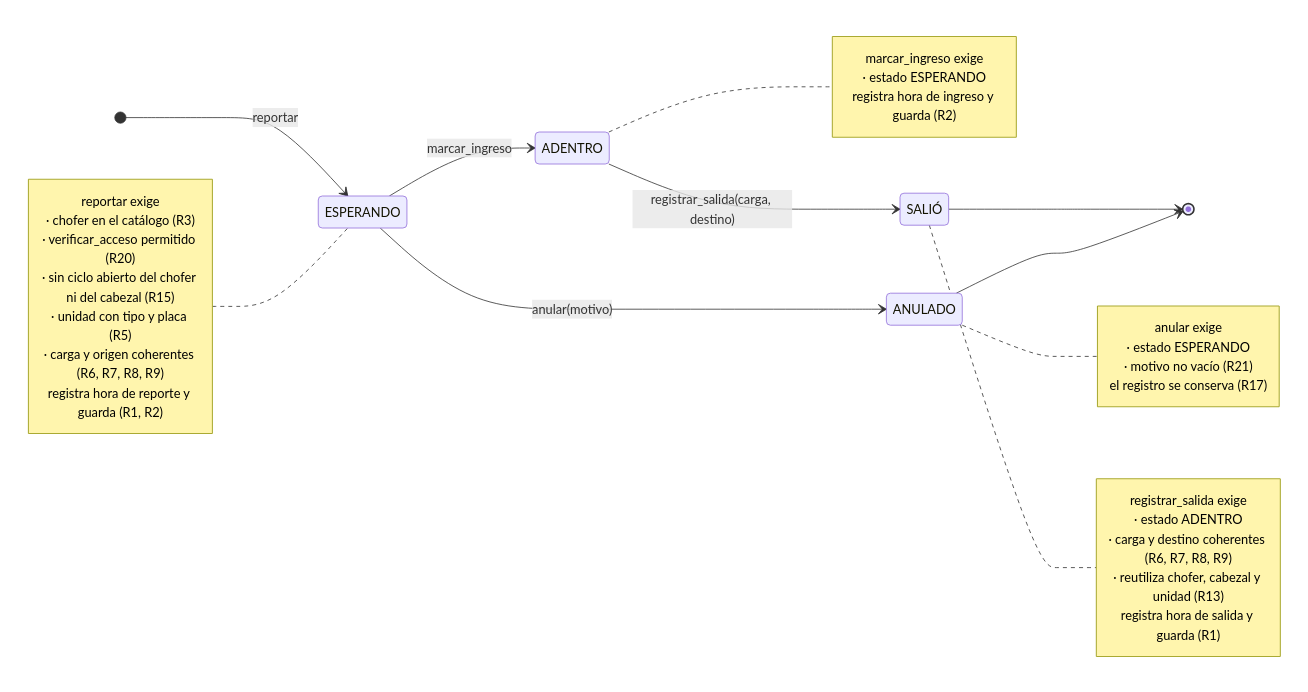
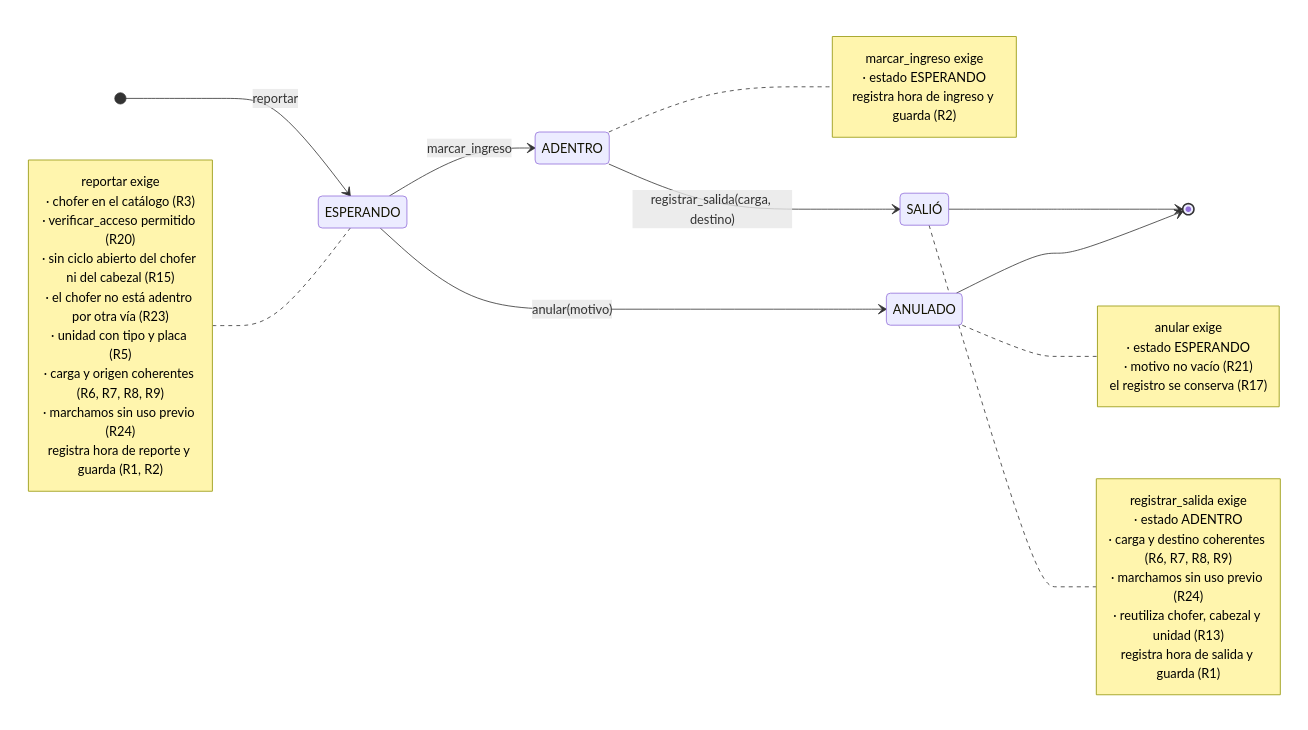
One commit to DQM27/acceso_CLI changed the fourth of 5 diagrams in docs/features-futuras/plan-control-t1.md. Above: the diagram before and after it, drawn with Mermaid. The commit also changed other lines of this file, not shown here.

First line of the commit message:
docs(t1): característica chofer T1, una sola vía y marchamo de un solo uso

````diff
--- a/docs/features-futuras/plan-control-t1.md
+++ b/docs/features-futuras/plan-control-t1.md
@@ -419,46 +432,49 @@
 ```mermaid
 stateDiagram-v2
     direction LR
     state "ESPERANDO" as Esperando
     state "ADENTRO" as Adentro
     state "SALIÓ" as Salio
     state "ANULADO" as Anulado
 
     [*] --> Esperando : reportar
     Esperando --> Adentro : marcar_ingreso
     Esperando --> Anulado : anular(motivo)
     Adentro --> Salio : registrar_salida(carga, destino)
     Salio --> [*]
     Anulado --> [*]
 
     note left of Esperando
         reportar exige
         · chofer en el catálogo (R3)
         · verificar_acceso permitido (R20)
         · sin ciclo abierto del chofer ni del cabezal (R15)
+        · el chofer no está adentro por otra vía (R23)
         · unidad con tipo y placa (R5)
         · carga y origen coherentes (R6, R7, R8, R9)
+        · marchamos sin uso previo (R24)
         registra hora de reporte y guarda (R1, R2)
     end note
 
     note right of Adentro
         marcar_ingreso exige
         · estado ESPERANDO
         registra hora de ingreso y guarda (R2)
     end note
 
     note right of Anulado
         anular exige
         · estado ESPERANDO
         · motivo no vacío (R21)
         el registro se conserva (R17)
     end note
 
     note right of Salio
         registrar_salida exige
         · estado ADENTRO
         · carga y destino coherentes (R6, R7, R8, R9)
+        · marchamos sin uso previo (R24)
         · reutiliza chofer, cabezal y unidad (R13)
         registra hora de salida y guarda (R1)
     end note
 ```
````
